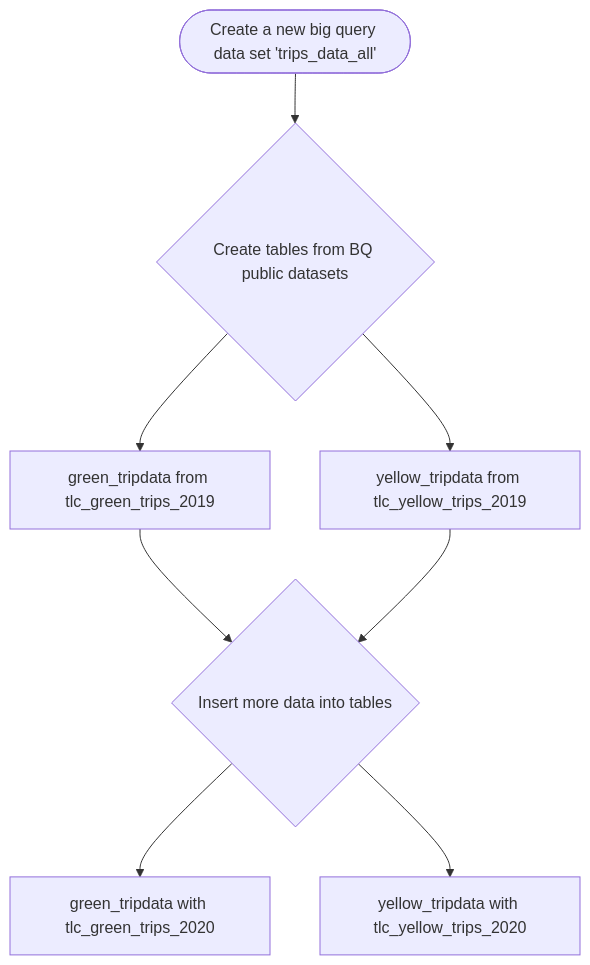
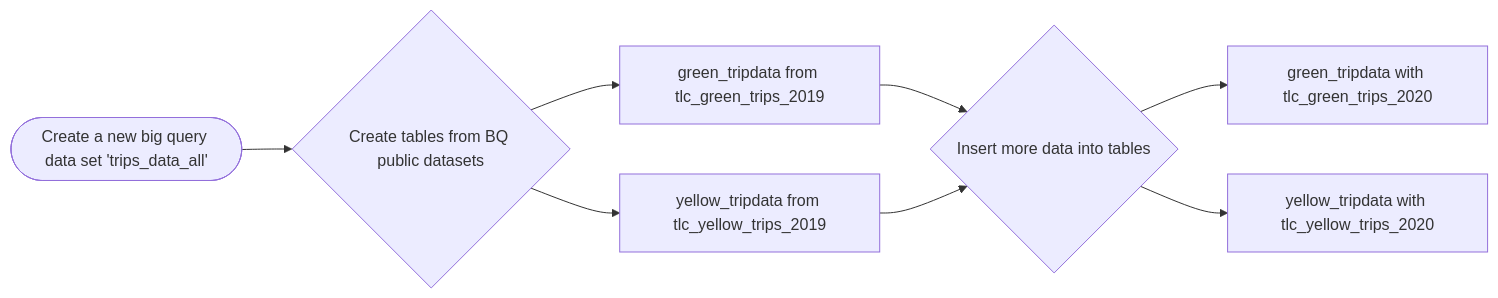
One commit to Claytor/data_talks_data_engineering_zoomcamp_2024 changed the first of 2 diagrams in 04-analytics-engineering/README.md. Above: the diagram before and after it, drawn with Mermaid. The commit also changed other lines of this file, not shown here.

````diff
--- a/04-analytics-engineering/README.md
+++ b/04-analytics-engineering/README.md
@@ -8,10 +8,10 @@
 ```mermaid
-graph TD
+graph LR
     A([Create a new big query data set 'trips_data_all']) --> B{Create tables from BQ public datasets}
     B --> C[green_tripdata from tlc_green_trips_2019]
     B --> D[yellow_tripdata from tlc_yellow_trips_2019]
     C --> E{Insert more data into tables}
     D --> E
     E --> F[green_tripdata with tlc_green_trips_2020]
     E --> G[yellow_tripdata with tlc_yellow_trips_2020]
 ```
````
